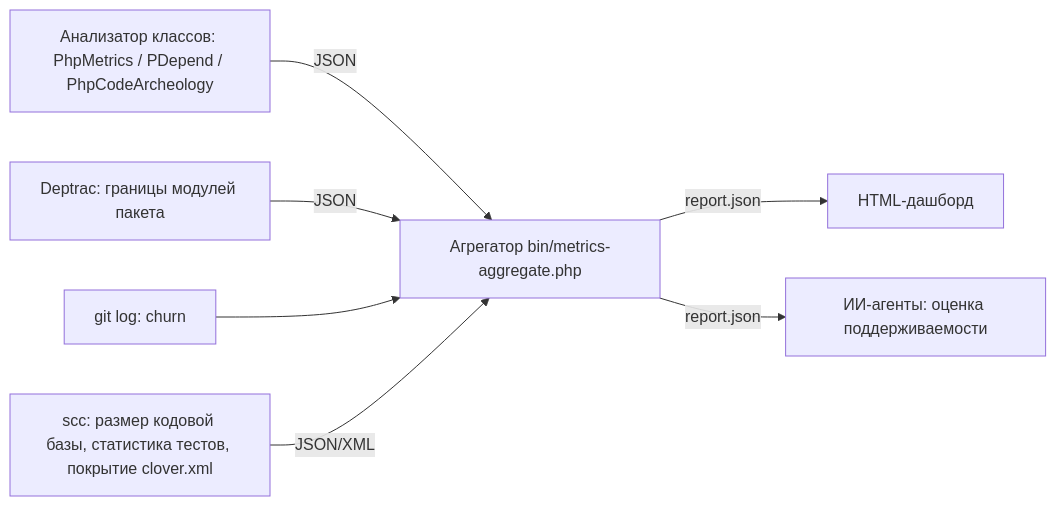
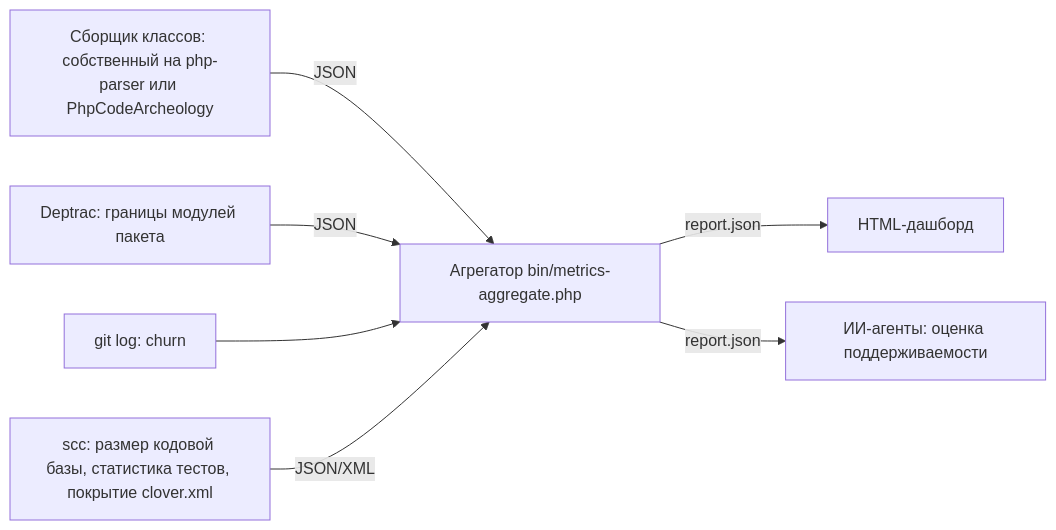
Before and after one commit to prikotov/coding-standard: the diagram in todo/EPIC-metrics-ai-maintainability.todo.md, drawn with Mermaid. The commit also changed other lines of this file and 7 other files, not shown here.

First line of the commit message:
chore(metrics): выбрать анализатор метрик (#86)

````diff
--- a/todo/EPIC-metrics-ai-maintainability.todo.md
+++ b/todo/EPIC-metrics-ai-maintainability.todo.md
@@ -89,9 +91,9 @@
 ```mermaid
 flowchart LR
-    A[Анализатор классов: PhpMetrics / PDepend / PhpCodeArcheology] -->|JSON| D
+    A[Сборщик классов: собственный на php-parser или PhpCodeArcheology] -->|JSON| D
     B[Deptrac: границы модулей пакета] -->|JSON| D
     C[git log: churn] --> D
     S[scc: размер кодовой базы, статистика тестов, покрытие clover.xml] -->|JSON/XML| D
     D[Агрегатор bin/metrics-aggregate.php] -->|report.json| E[HTML-дашборд]
     D -->|report.json| F[ИИ-агенты: оценка поддерживаемости]
 ```
````
